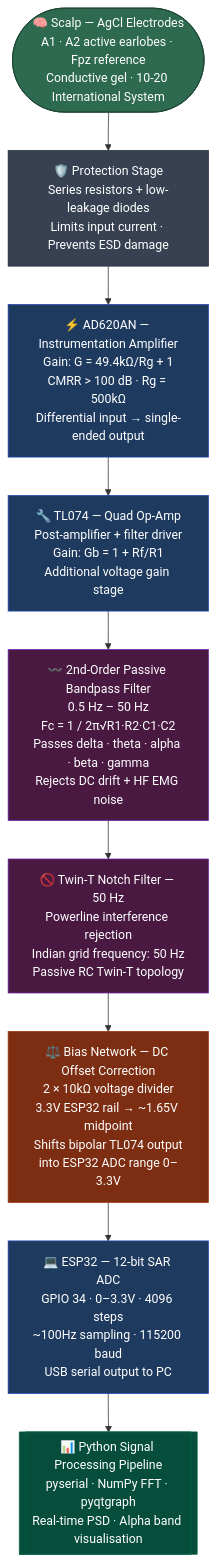
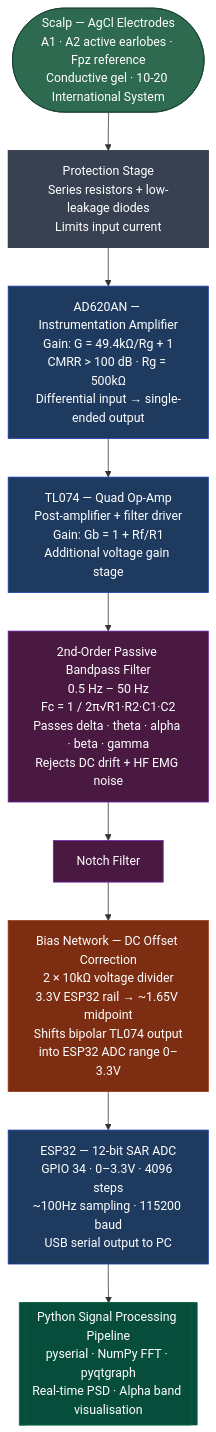
Before and after one commit to NeatSleep/EEG-BCI-single-channel: the diagram in README.md, drawn with Mermaid. The commit also changed other lines of this file, not shown here.

````diff
--- a/README.md
+++ b/README.md
@@ -44,24 +44,24 @@
 ```mermaid
 flowchart TD
-    A(["🧠 Scalp — AgCl Electrodes\nA1 · A2 active earlobes · Fpz reference\nConductive gel · 10-20 International System"])
-    B["🛡️ Protection Stage\nSeries resistors + low-leakage diodes\nLimits input current · Prevents ESD damage"]
-    C["⚡ AD620AN — Instrumentation Amplifier\nGain: G = 49.4kΩ/Rg + 1\nCMRR > 100 dB · Rg = 500kΩ\nDifferential input → single-ended output"]
-    D["🔧 TL074 — Quad Op-Amp\nPost-amplifier + filter driver\nGain: Gb = 1 + Rf/R1\nAdditional voltage gain stage"]
-    E["〰️ 2nd-Order Passive Bandpass Filter\n0.5 Hz – 50 Hz\nFc = 1 / 2π√R1·R2·C1·C2\nPasses delta · theta · alpha · beta · gamma\nRejects DC drift + HF EMG noise"]
-    F["🚫 Twin-T Notch Filter — 50 Hz\nPowerline interference rejection\nIndian grid frequency: 50 Hz\nPassive RC Twin-T topology"]
-    G["⚖️ Bias Network — DC Offset Correction\n2 × 10kΩ voltage divider\n3.3V ESP32 rail → ~1.65V midpoint\nShifts bipolar TL074 output\ninto ESP32 ADC range 0–3.3V"]
-    H["💻 ESP32 — 12-bit SAR ADC\nGPIO 34 · 0–3.3V · 4096 steps\n~100Hz sampling · 115200 baud\nUSB serial output to PC"]
-    I[["📊 Python Signal Processing Pipeline\npyserial · NumPy FFT · pyqtgraph\nReal-time PSD · Alpha band visualisation"]]
+    A([" Scalp — AgCl Electrodes\nA1 · A2 active earlobes · Fpz reference\nConductive gel · 10-20 International System"])
+    B[" Protection Stage\nSeries resistors + low-leakage diodes\nLimits input current "]
+    C[" AD620AN — Instrumentation Amplifier\nGain: G = 49.4kΩ/Rg + 1\nCMRR > 100 dB · Rg = 500kΩ\nDifferential input → single-ended output"]
+    D[" TL074 — Quad Op-Amp\nPost-amplifier + filter driver\nGain: Gb = 1 + Rf/R1\nAdditional voltage gain stage"]
+    E[" 2nd-Order Passive Bandpass Filter\n0.5 Hz – 50 Hz\nFc = 1 / 2π√R1·R2·C1·C2\nPasses delta · theta · alpha · beta · gamma\nRejects DC drift + HF EMG noise"]
+    F["  Notch Filter "]
+    G[" Bias Network — DC Offset Correction\n2 × 10kΩ voltage divider\n3.3V ESP32 rail → ~1.65V midpoint\nShifts bipolar TL074 output\ninto ESP32 ADC range 0–3.3V"]
+    H[" ESP32 — 12-bit SAR ADC\nGPIO 34 · 0–3.3V · 4096 steps\n~100Hz sampling · 115200 baud\nUSB serial output to PC"]
+    I[[" Python Signal Processing Pipeline\npyserial · NumPy FFT · pyqtgraph\nReal-time PSD · Alpha band visualisation"]]
 
     A --> B --> C --> D --> E --> F --> G --> H --> I
 
     style A fill:#2d6a4f,color:#fff,stroke:#1b4332
     style B fill:#374151,color:#fff,stroke:#1f2937
     style C fill:#1e3a5f,color:#fff,stroke:#1e40af
     style D fill:#1e3a5f,color:#fff,stroke:#1e40af
     style E fill:#4a1942,color:#fff,stroke:#6b21a8
     style F fill:#4a1942,color:#fff,stroke:#6b21a8
     style G fill:#7c2d12,color:#fff,stroke:#9a3412
     style H fill:#1e3a5f,color:#fff,stroke:#1e40af
     style I fill:#064e3b,color:#fff,stroke:#065f46
 ```
````
